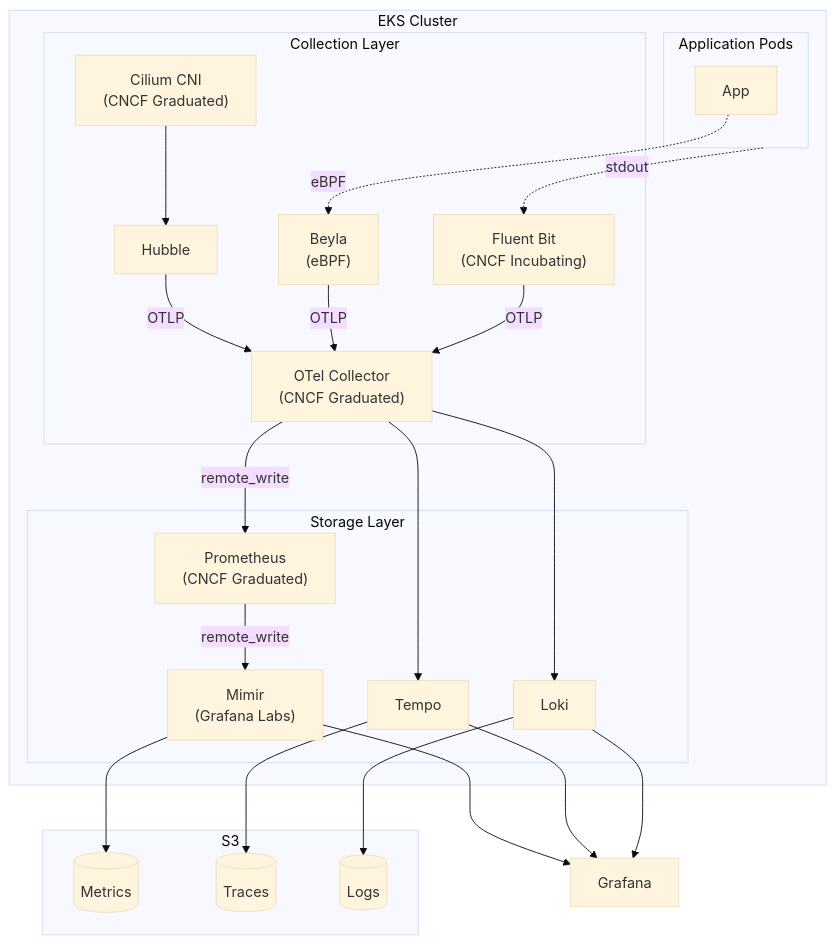
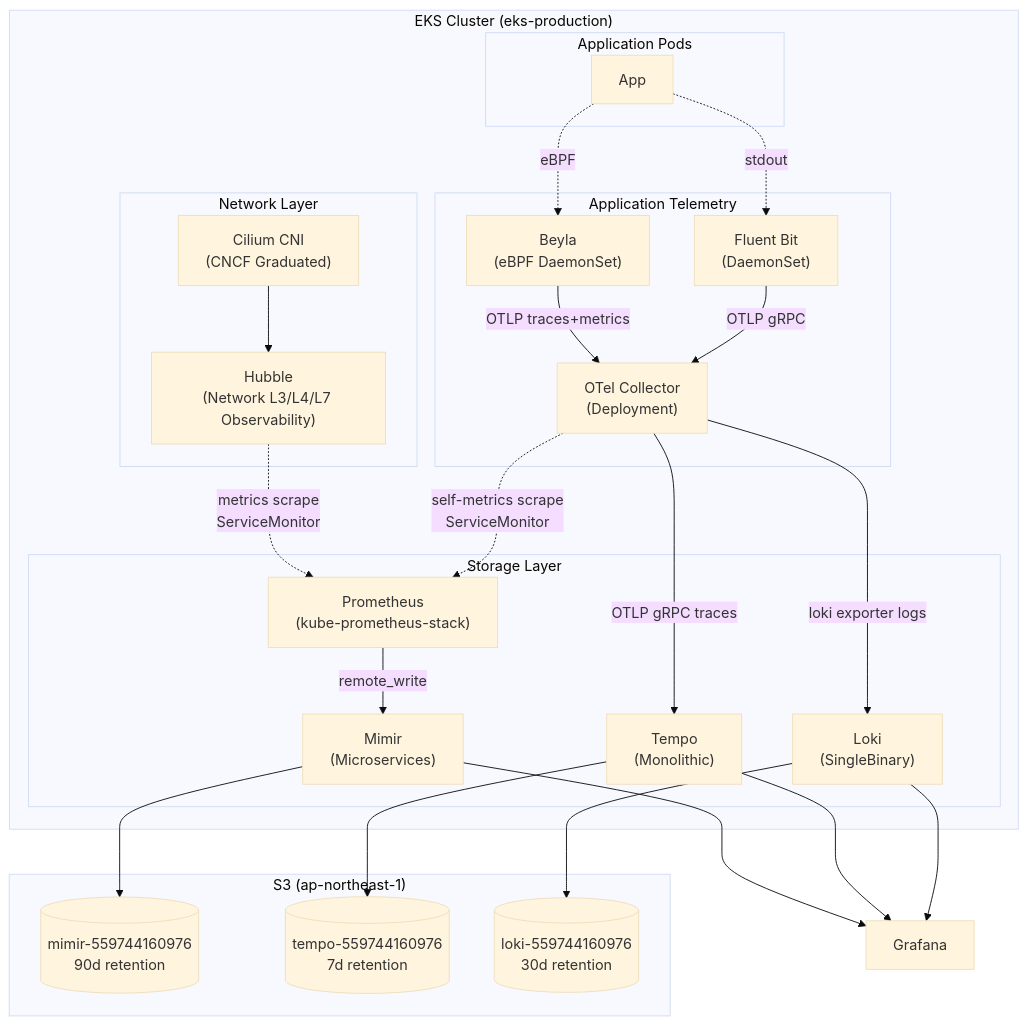
Before and after one commit to panicboat/platform: the first of 3 diagrams in kubernetes/README.md, drawn with Mermaid (base theme). The commit also changed other lines of this file and 10 other files, not shown here.

Commit message:
feat(eks): Phase 3 Sub-project 4b — Logs path + Hubble metrics (#296)

````diff
--- a/kubernetes/README.md
+++ b/kubernetes/README.md
@@ -9,59 +9,64 @@
 ```mermaid
 flowchart TB
-    subgraph EKS["EKS Cluster"]
+    subgraph EKS["EKS Cluster (eks-production)"]
         subgraph Apps["Application Pods"]
             App["App"]
         end
 
-        subgraph Collection["Collection Layer"]
+        subgraph Network["Network Layer"]
             Cilium["Cilium CNI<br/>(CNCF Graduated)"]
-            Hubble["Hubble"]
-            Beyla["Beyla<br/>(eBPF)"]
-            OTelCol["OTel Collector<br/>(CNCF Graduated)"]
-            FluentBit["Fluent Bit<br/>(CNCF Incubating)"]
+            Hubble["Hubble<br/>(Network L3/L4/L7 Observability)"]
+        end
+
+        subgraph AppTelemetry["Application Telemetry"]
+            Beyla["Beyla<br/>(eBPF DaemonSet)"]
+            OTelCol["OTel Collector<br/>(Deployment)"]
+            FluentBit["Fluent Bit<br/>(DaemonSet)"]
         end
 
         subgraph Storage["Storage Layer"]
-            Prometheus["Prometheus<br/>(CNCF Graduated)"]
-            Mimir["Mimir<br/>(Grafana Labs)"]
-            Tempo["Tempo"]
-            Loki["Loki"]
+            Prometheus["Prometheus<br/>(kube-prometheus-stack)"]
+            Mimir["Mimir<br/>(Microservices)"]
+            Tempo["Tempo<br/>(Monolithic)"]
+            Loki["Loki<br/>(SingleBinary)"]
         end
     end
 
-    subgraph S3["S3"]
-        S3Mimir[("Metrics")]
-        S3Tempo[("Traces")]
-        S3Loki[("Logs")]
+    subgraph S3["S3 (ap-northeast-1)"]
+        S3Mimir[("mimir-559744160976<br/>90d retention")]
+        S3Tempo[("tempo-559744160976<br/>7d retention")]
+        S3Loki[("loki-559744160976<br/>30d retention")]
     end
 
     Grafana["Grafana"]
 
-    %% Network
+    %% Network observability — Hubble は network metrics の native exporter、Prometheus が直接 scrape
     Cilium --> Hubble
+    Hubble -.->|metrics scrape<br/>ServiceMonitor| Prometheus
 
-    %% All telemetry → OTel Collector
-    Hubble -->|OTLP| OTelCol
+    %% Application traces + metrics → OTel Collector
     App -.->|eBPF| Beyla
-    Beyla -->|OTLP| OTelCol
+    Beyla -->|OTLP traces+metrics| OTelCol
 
-    %% OTel Collector → Backends
-    OTelCol -->|remote_write| Prometheus
-    OTelCol --> Tempo
+    %% Logs → Fluent Bit → OTel Collector
+    App -.->|stdout| FluentBit
+    FluentBit -->|OTLP gRPC| OTelCol
 
-    %% Logs
-    Apps -.->|stdout| FluentBit
-    FluentBit --> |OTLP| OTelCol
-    OTelCol --> Loki
+    %% OTel Collector → backends
+    OTelCol -->|OTLP gRPC traces| Tempo
+    OTelCol -->|loki exporter logs| Loki
+    OTelCol -.->|self-metrics scrape<br/>ServiceMonitor| Prometheus
+
+    %% Prometheus → Mimir long-term
+    Prometheus -->|remote_write| Mimir
 
     %% Long-term storage
-    Prometheus -->|remote_write| Mimir
     Mimir --> S3Mimir
     Tempo --> S3Tempo
     Loki --> S3Loki
 
     %% Visualization
     Mimir --> Grafana
     Tempo --> Grafana
     Loki --> Grafana
 ```
````
